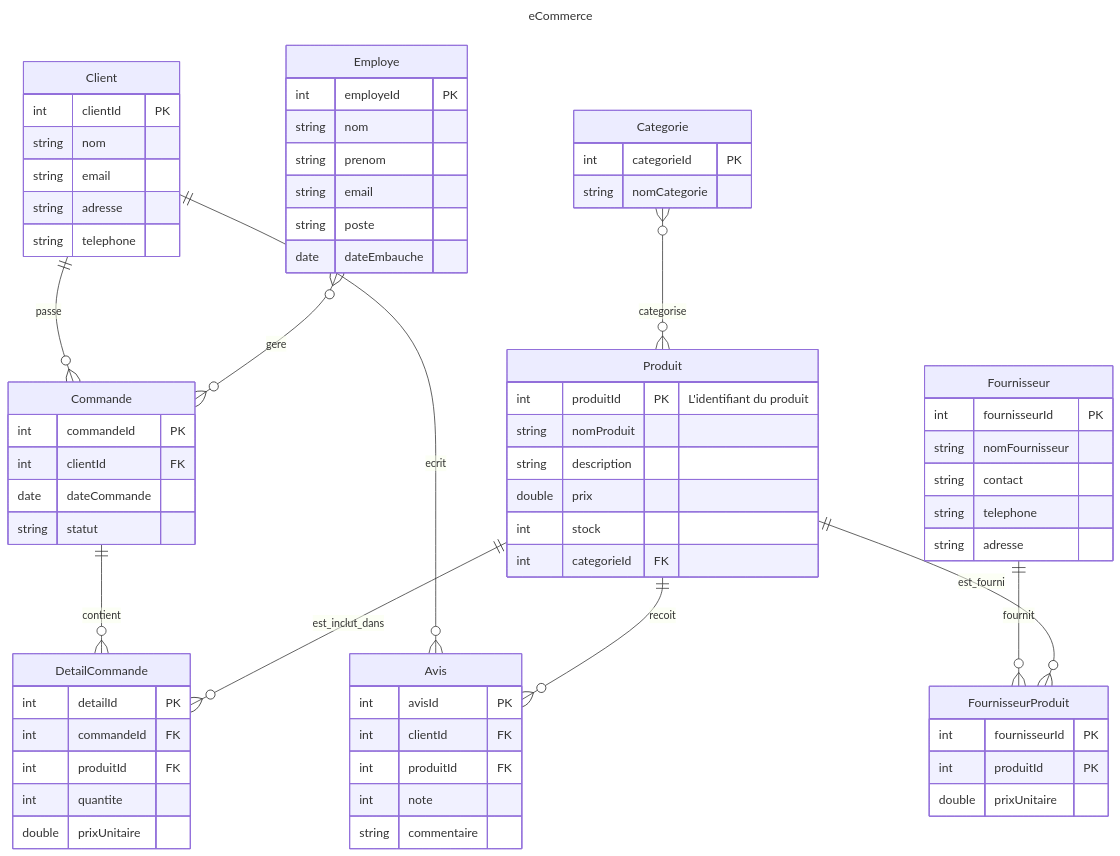
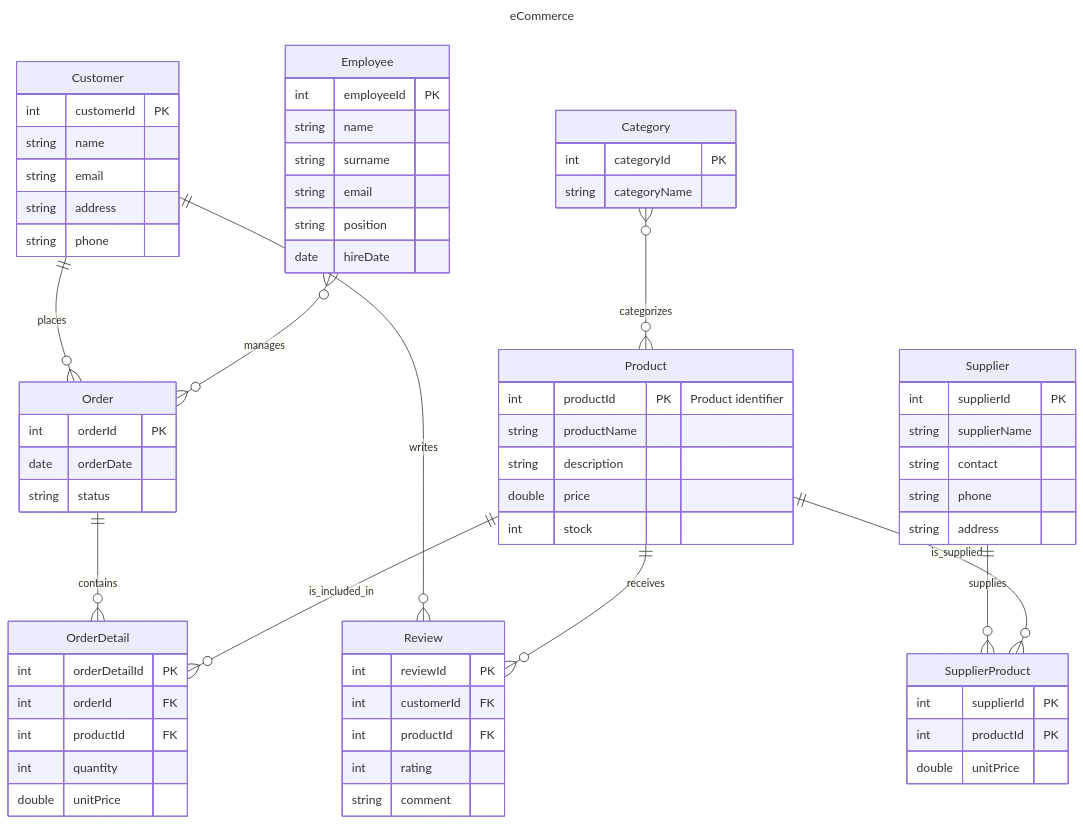
The diagram in demos/ecommerce.md (erralb/mermaid-js-erd-to-sql), drawn with Mermaid before and after one commit. The commit also changed 14 other files, not shown here.

````diff
--- a/demos/ecommerce.md
+++ b/demos/ecommerce.md
@@ -3,81 +3,80 @@
 title: eCommerce
 ---
 erDiagram
-    Client {
-        int clientId PK
-        string nom
+    Customer {
+        int customerId PK
+        string name
         string email
-        string adresse
-        string telephone
+        string address
+        string phone
     }
 
-    Commande {
-        int commandeId PK
-        int clientId FK
-        date dateCommande
-        string statut
+    Order {
+        int orderId PK
+        date orderDate
+        string status
     }
 
-    DetailCommande {
-        int detailId PK
-        int commandeId FK
-        int produitId FK
-        int quantite
-        double prixUnitaire
+    Product {
+        int productId PK "Product identifier"
+        string productName
+        string description
+        double price
+        int stock
     }
 
-    Produit {
-        int produitId PK "L'identifiant du produit"
-        string nomProduit
-        string description
-        double prix
-        int stock
-        int categorieId FK
+    OrderDetail {
+        int orderDetailId PK
+        int orderId FK
+        int productId FK
+        int quantity
+        double unitPrice
     }
 
-    Categorie {
-        int categorieId PK
-        string nomCategorie
+    Category {
+        int categoryId PK
+        string categoryName
     }
 
-    Avis {
-        int avisId PK
-        int clientId FK
-        int produitId FK
-        int note
-        string commentaire
+    Review {
+        int reviewId PK
+        int customerId FK
+        int productId FK
+        int rating
+        string comment
     }
 
-    Fournisseur {
-        int fournisseurId PK
-        string nomFournisseur
+    Supplier {
+        int supplierId PK
+        string supplierName
         string contact
-        string telephone
-        string adresse
+        string phone
+        string address
     }
 
-    FournisseurProduit {
-        int fournisseurId PK
-        int produitId PK 
-        double prixUnitaire
+    SupplierProduct {
+        int supplierId PK
+        int productId PK
+        double unitPrice
     }
 
-    Employe {
-        int employeId PK
-        string nom
-        string prenom
+    Employee {
+        int employeeId PK
+        string name
+        string surname
         string email
-        string poste
-        date dateEmbauche
+        string position
+        date hireDate
     }
 
-    Client ||--o{ Commande : passe
-    Commande ||--o{ DetailCommande : contient
-    Produit ||--o{ DetailCommande : est_inclut_dans
-    Categorie }o--o{ Produit : categorise
-    Fournisseur ||--o{ FournisseurProduit : fournit
-    Produit ||--o{ FournisseurProduit : est_fourni
-    Client ||--o{ Avis : ecrit
-    Produit ||--o{ Avis : recoit
-    Employe }o--o{ Commande : gere
+    Customer ||--o{ Order : places
+    Order ||--o{ OrderDetail : contains
+    Product ||--o{ OrderDetail : is_included_in
+    Category }o--o{ Product : categorizes
+    Supplier ||--o{ SupplierProduct : supplies
+    Product ||--o{ SupplierProduct : is_supplied
+    Customer ||--o{ Review : writes
+    Product ||--o{ Review : receives
+    Employee }o--o{ Order : manages
+
 ```
````
